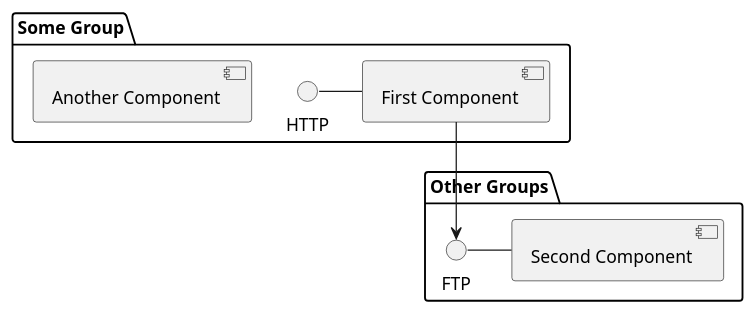
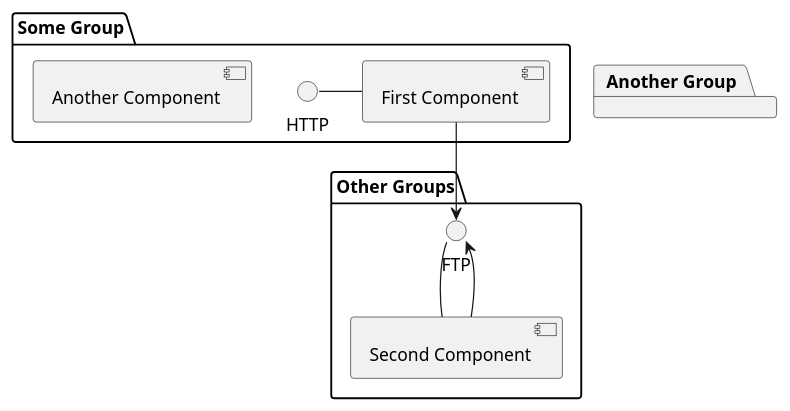
Before and after one commit to pcoliveirax/diagrams: the diagram in test.puml, drawn with PlantUML.

Commit message:
Add new package

```diff
--- a/test.puml
+++ b/test.puml
@@ -1,14 +1,19 @@
 @startuml
 
 package "Some Group" {
-HTTP - [First Component]
-[Another Component]
+  HTTP - [First Component]
+  [Another Component]
 }
 
 package "Other Groups" {
-FTP - [Second Component]
+  FTP - [Second Component]
 
-[First Component] --> FTP
+  [First Component] --> FTP
+
+}
+
+package "Another Group" {
+  [Second Component] --> FTP
 }
 
 @enduml
```
